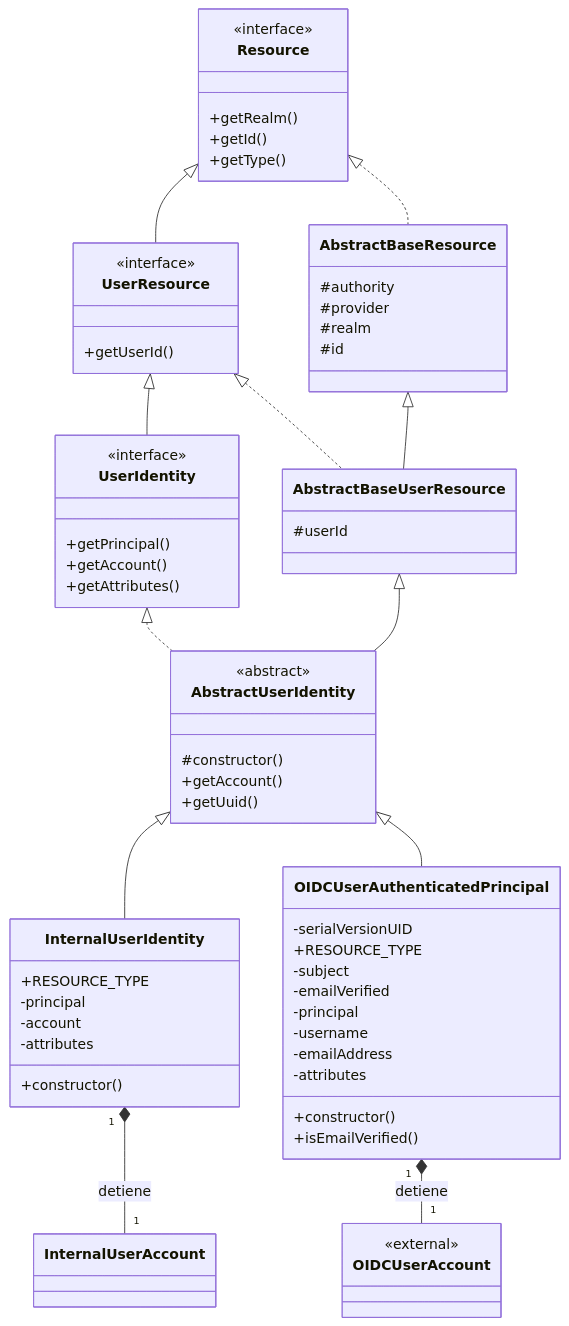
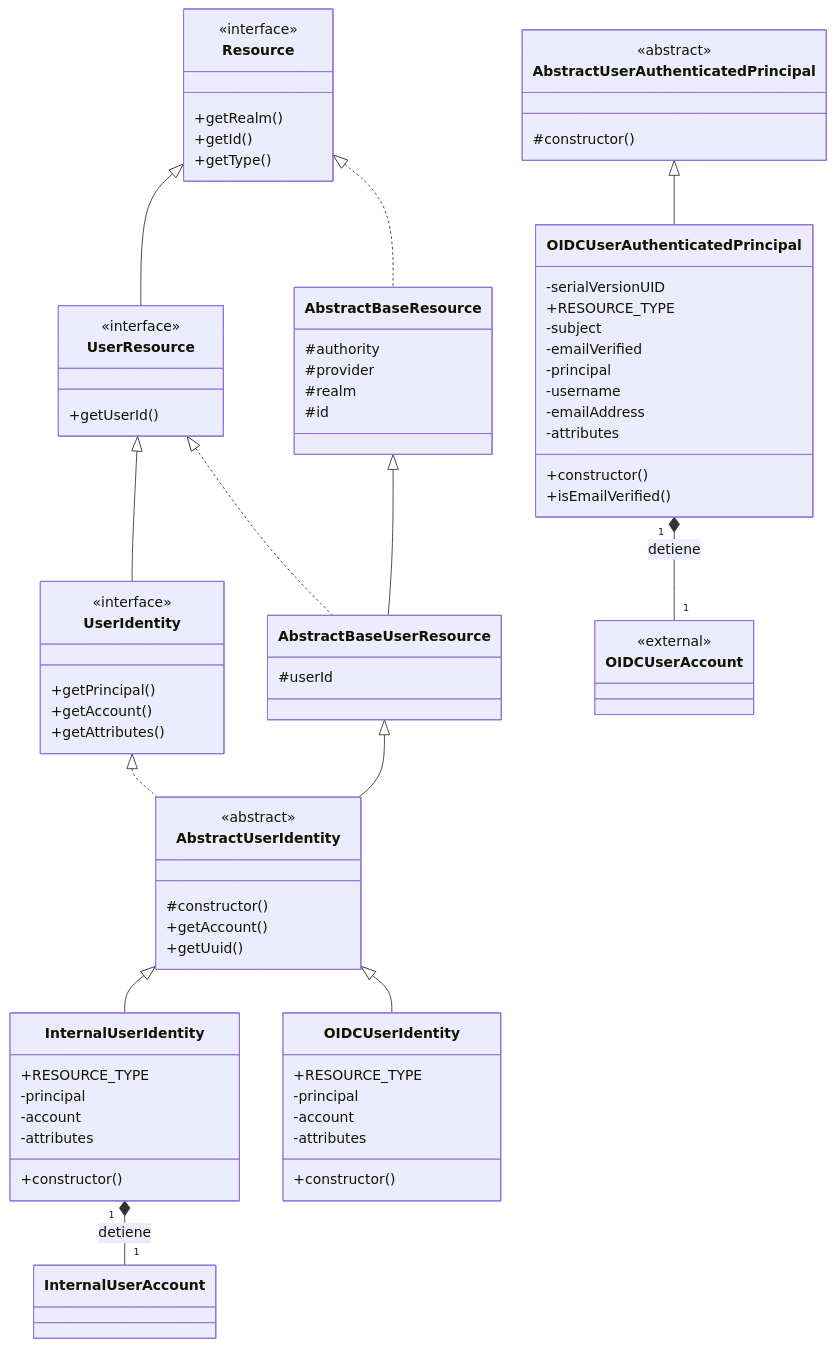
Before and after one commit to RickdoMasco/AAC: the third of 3 diagrams in docs/06-Diagrams/auth-class-diagram.md, drawn with Mermaid. The commit also changed 11 other files, not shown here.

```diff
--- a/docs/06-Diagrams/auth-class-diagram.md
+++ b/docs/06-Diagrams/auth-class-diagram.md
@@ -192,7 +192,14 @@
     class InternalUserAccount { 
     }
 
-    %% === OIDC (Google, Facebook, GitHub, ecc.) ===
+    %% === OIDC (Google) ===
+    class OIDCUserIdentity {
+        +RESOURCE_TYPE
+        -principal
+        -account
+        -attributes
+        +constructor()
+    }
     class OIDCUserAuthenticatedPrincipal {
         -serialVersionUID
         +RESOURCE_TYPE
@@ -204,6 +211,10 @@
         -attributes
         +constructor()
         +isEmailVerified()
+    }
+    class AbstractUserAuthenticatedPrincipal {
+        <<abstract>>
+        #constructor()
     }
     class OIDCUserAccount {
         <<external>>
@@ -218,7 +229,8 @@
     AbstractBaseUserResource <|-- AbstractUserIdentity
     UserIdentity <|.. AbstractUserIdentity
     AbstractUserIdentity <|-- InternalUserIdentity
-    AbstractUserIdentity <|-- OIDCUserAuthenticatedPrincipal
+    AbstractUserIdentity <|-- OIDCUserIdentity
+    AbstractUserAuthenticatedPrincipal <|-- OIDCUserAuthenticatedPrincipal
 
     %% Collegamento finale verso l'account
     InternalUserIdentity "1" *-- "1" InternalUserAccount : detiene
```
